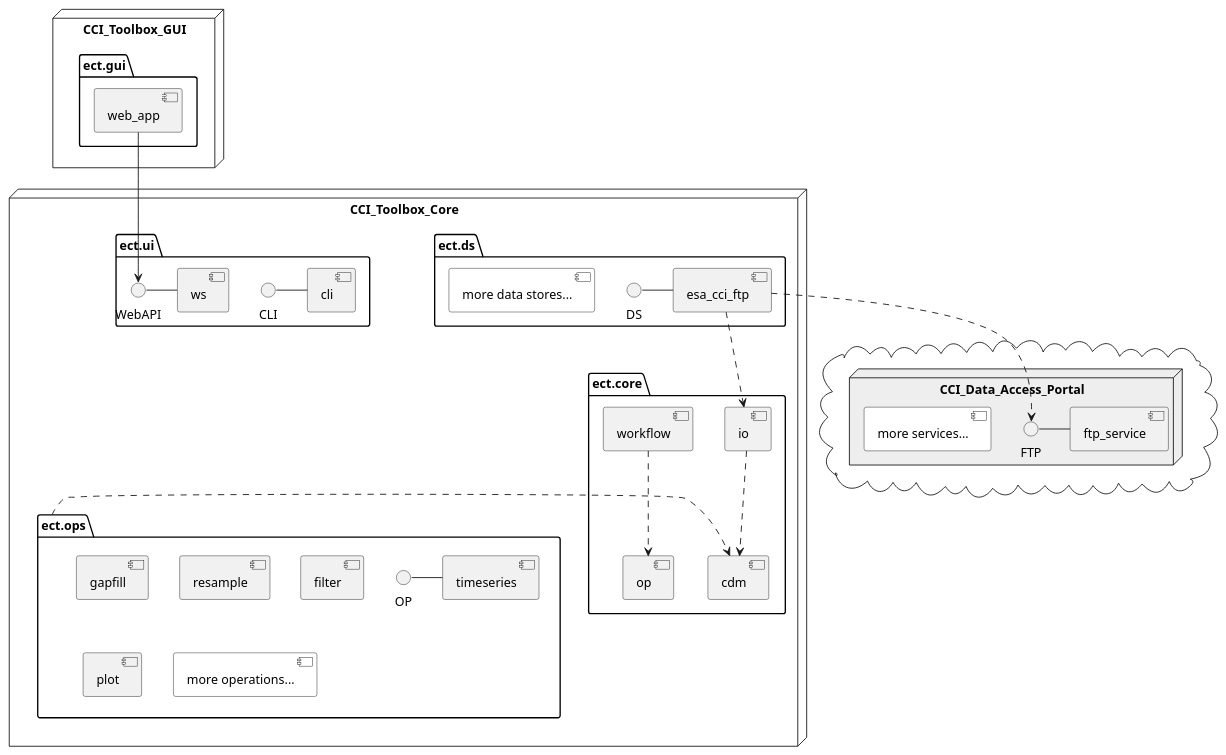
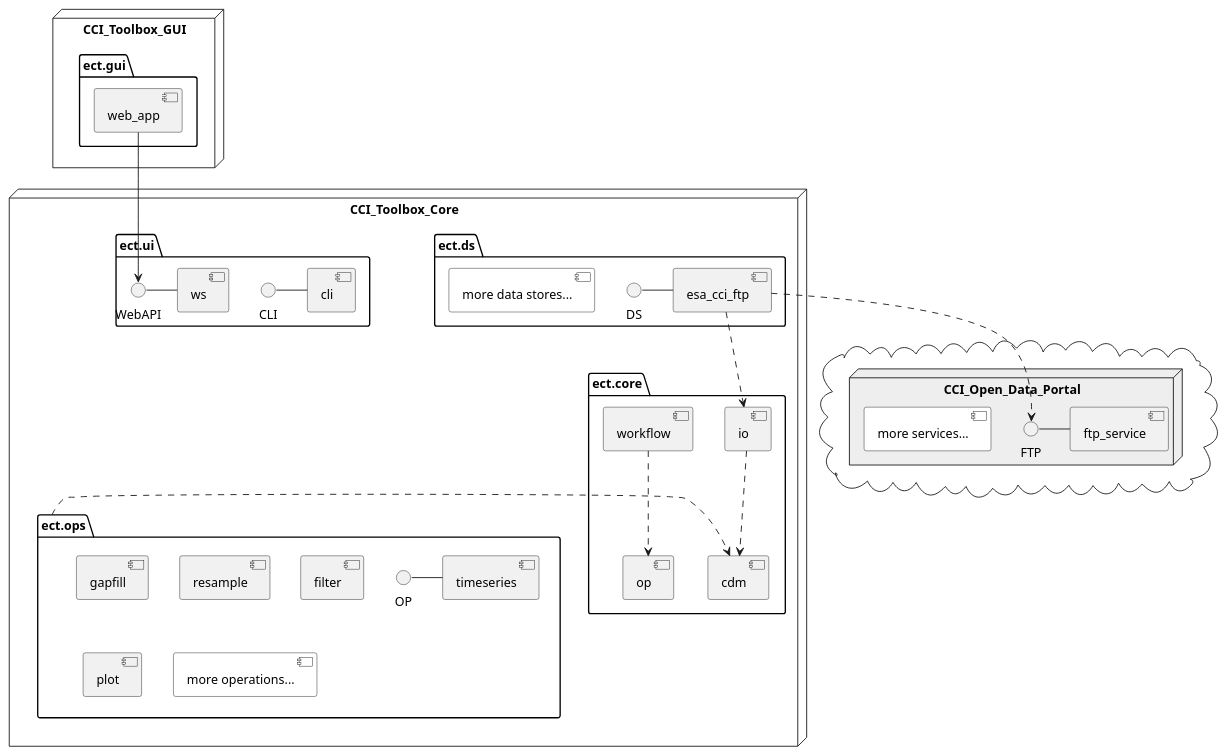
The diagram in doc/source/uml/modules.puml (CCI-Tools/cate), drawn with PlantUML before and after one commit. The commit also changed 7 other files, not shown here.

Commit message:
used term "CCI Open Data Portal"

```diff
--- a/doc/source/uml/modules.puml
+++ b/doc/source/uml/modules.puml
@@ -1,56 +1,56 @@
 @startuml
 
 
 node "CCI_Toolbox_Core" {
     package "ect.ds" {
         DS - [esa_cci_ftp]
         [more data stores...] #white
     }
 
     package ect.ops {
         OP-[timeseries]
         [gapfill]
         [resample]
         [filter]
         [plot]
         [more operations...] #white
     }
 
     package "ect.core" {
         [cdm]
         [io]
 
         [op]
         [workflow]
     }
 
     package "ect.ui" {
         CLI - [cli]
         WebAPI - [ws]
     }
 }
 
 node "CCI_Toolbox_GUI" {
     package "ect.gui" {
         [web_app]
     }
 }
 
 cloud {
-node "CCI_Data_Access_Portal" #eeeeee {
+node "CCI_Open_Data_Portal" #eeeeee {
     FTP - [ftp_service]
     [more services...] #white
 }
 }
 
 
 [io] ..> [cdm]
 [workflow] ..> [op]
 [esa_cci_ftp] ..> FTP
 [esa_cci_ftp] ..> io
 
 ect.ops .r.> [cdm]
 
 [web_app] --> WebAPI
 
 @enduml
```
